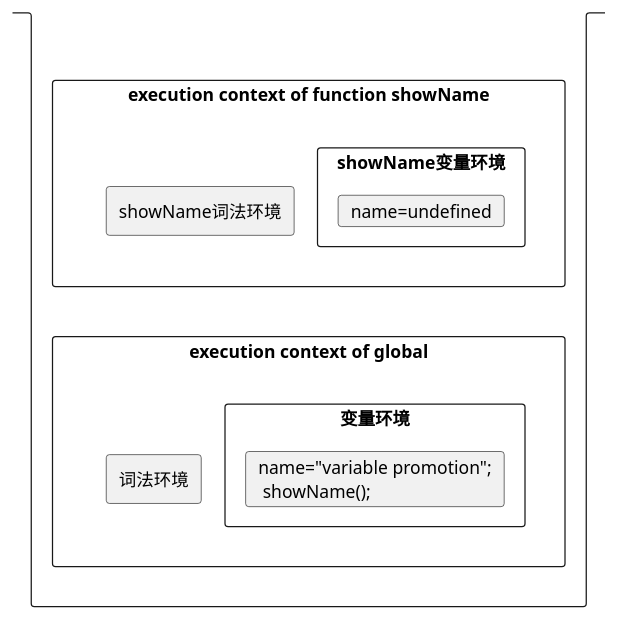
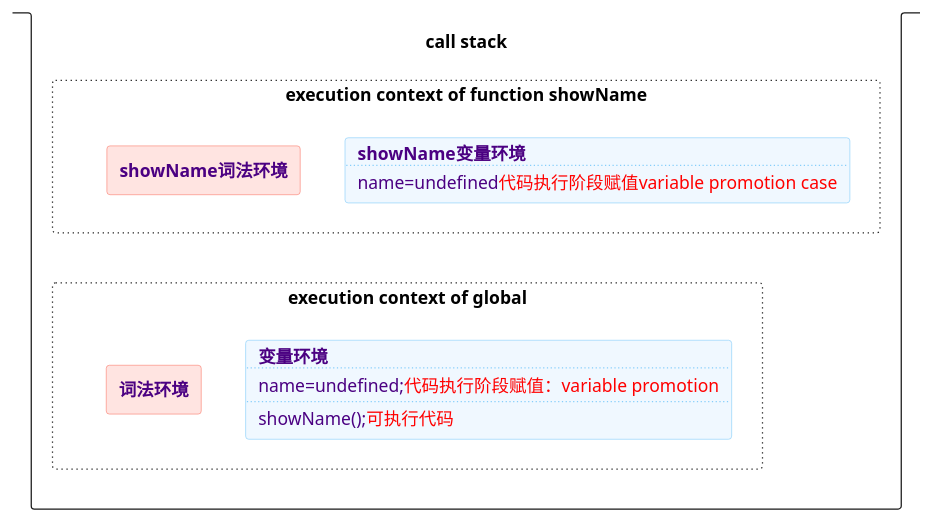
One commit to HelenZhangLP/blog changed the fifth of 11 diagrams in source/_posts/浏览器工作原理——Javascript执行机制.md. Above: the diagram before and after it, drawn with PlantUML. The commit also changed other lines of this file and 122 other files, not shown here.

```diff
--- a/source/_posts/浏览器工作原理——Javascript执行机制.md
+++ b/source/_posts/浏览器工作原理——Javascript执行机制.md
@@ -275,17 +299,27 @@
 {%plantuml%}
-stack " " {
-  rectangle "execution context of global" as globalContext {
-    rectangle "变量环境" {
-      card "name="variable promotion";\n showName();"
-    }
-    rectangle "词法环境"
+stack "call stack" {
+  rectangle "execution context of global" as globalContext #line.dotted {
+    card 变量环境 #aliceBlue;line:lightSkyBlue;text:indigo [
+      <b>变量环境
+      ....
+      name=undefined;<color:red>代码执行阶段赋值：variable promotion</color>
+      ....
+      showName();<color:red>可执行代码</color>
+    ]
+    rectangle 词法环境 #MistyRose;text:indigo;line:Salmon [
+      <b>词法环境
+    ]
   }
-  rectangle "execution context of function showName" as functionContext {
-    rectangle "showName变量环境" {
-      card "name=undefined"
-    }
-    rectangle "showName词法环境"
+  rectangle "execution context of function showName" as functionContext #line.dotted {
+    card showName变量环境 #aliceBlue;line:lightSkyBlue;text:indigo [
+      <b>showName变量环境
+      ....
+      name=undefined<color:red>代码执行阶段赋值variable promotion case</color>
+    ]
+    rectangle showName词法环境 #mistyrose;text:indigo;line:Salmon [
+      <b>showName词法环境
+    ]
   }
   functionContext -[#transparent]-> globalContext
 }
 {%endplantuml%}
```
